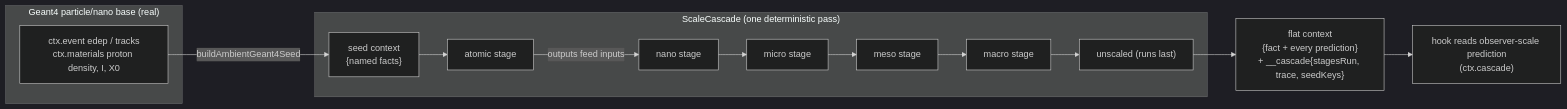
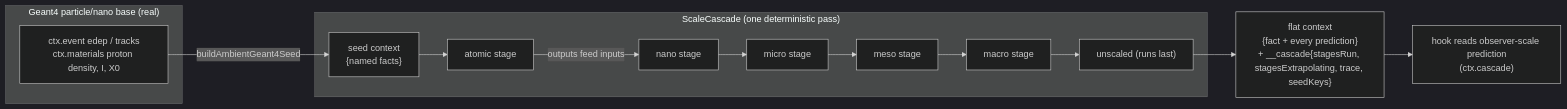
Before and after one commit to Geckos-Ink/trech: diagram 23 of 24 in CHARTS.md, drawn with Mermaid (dark theme). The commit also changed other lines of this file and 14 other files, not shown here.

````diff
--- a/CHARTS.md
+++ b/CHARTS.md
@@ -601,18 +614,18 @@
 ```mermaid
 flowchart LR
   subgraph Base["Geant4 particle/nano base (real)"]
     G4["ctx.event edep / tracks\nctx.materials proton density, I, X0"]
   end
   subgraph Cascade["ScaleCascade (one deterministic pass)"]
     SEED["seed context\n{named facts}"]
     A["atomic stage"]
     N["nano stage"]
     MI["micro stage"]
     ME["meso stage"]
     MA["macro stage"]
     U["unscaled (runs last)"]
   end
-  OUT["flat context\n{fact + every prediction}\n+ __cascade{stagesRun, trace, seedKeys}"]
+  OUT["flat context\n{fact + every prediction}\n+ __cascade{stagesRun, stagesExtrapolating, trace, seedKeys}"]
   G4 -->|buildAmbientGeant4Seed| SEED --> A -->|outputs feed inputs| N --> MI --> ME --> MA --> U --> OUT
   OUT --> HOOK["hook reads observer-scale prediction\n(ctx.cascade)"]
 ```
````
